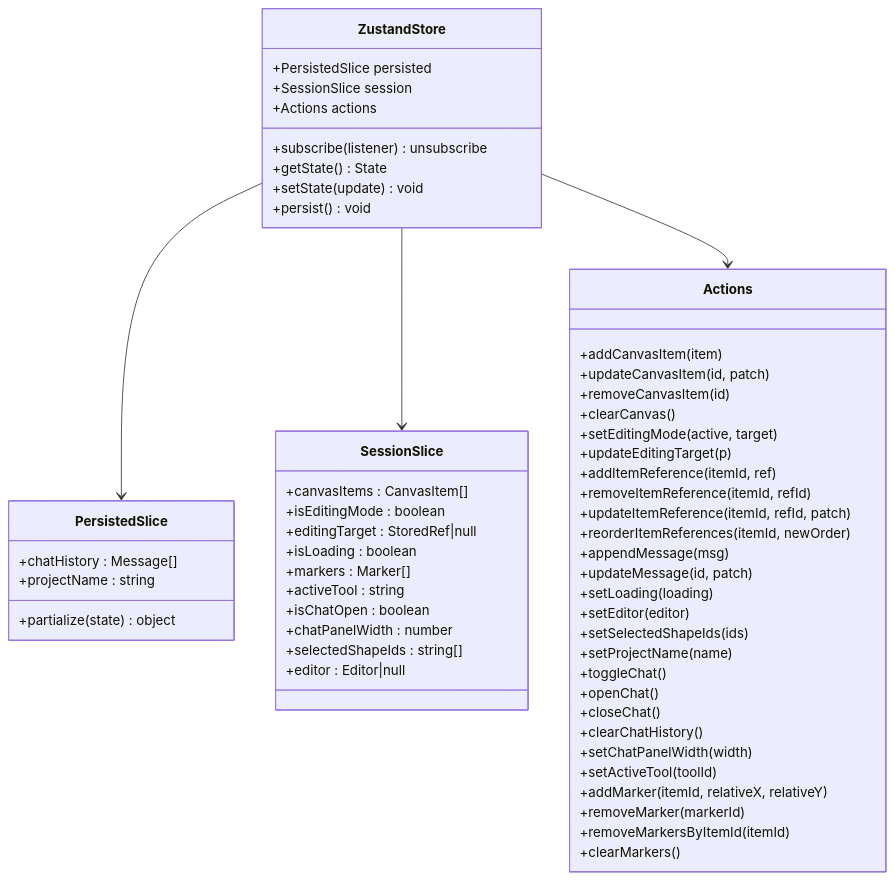
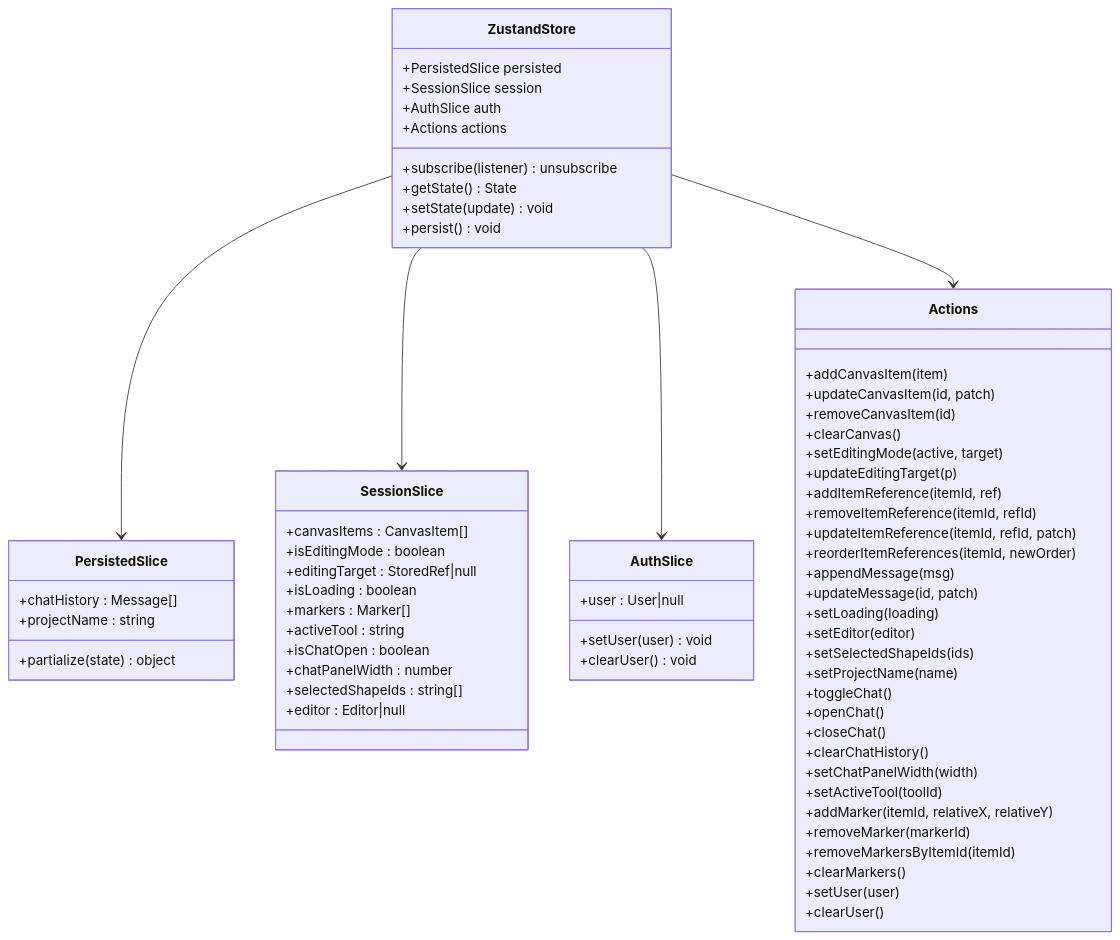
The second of 21 diagrams in .qoder/repowiki/zh/content/状态管理系统.md (billye220670/BananaFlow2), drawn with Mermaid before and after one commit. The commit also changed other lines of this file and 6 other files, not shown here.

````diff
--- a/.qoder/repowiki/zh/content/状态管理系统.md
+++ b/.qoder/repowiki/zh/content/状态管理系统.md
@@ -105,60 +128,69 @@
 ```mermaid
 classDiagram
 class ZustandStore {
 +PersistedSlice persisted
 +SessionSlice session
++AuthSlice auth
 +Actions actions
 +subscribe(listener) unsubscribe
 +getState() State
 +setState(update) void
 +persist() void
 }
 class PersistedSlice {
 +chatHistory : Message[]
 +projectName : string
 +partialize(state) object
 }
 class SessionSlice {
 +canvasItems : CanvasItem[]
 +isEditingMode : boolean
 +editingTarget : StoredRef|null
 +isLoading : boolean
 +markers : Marker[]
 +activeTool : string
 +isChatOpen : boolean
 +chatPanelWidth : number
 +selectedShapeIds : string[]
 +editor : Editor|null
+}
+class AuthSlice {
++user : User|null
++setUser(user) void
++clearUser() void
 }
 class Actions {
 +addCanvasItem(item)
 +updateCanvasItem(id, patch)
 +removeCanvasItem(id)
 +clearCanvas()
 +setEditingMode(active, target)
 +updateEditingTarget(p)
 +addItemReference(itemId, ref)
 +removeItemReference(itemId, refId)
 +updateItemReference(itemId, refId, patch)
 +reorderItemReferences(itemId, newOrder)
 +appendMessage(msg)
 +updateMessage(id, patch)
 +setLoading(loading)
 +setEditor(editor)
 +setSelectedShapeIds(ids)
 +setProjectName(name)
 +toggleChat()
 +openChat()
 +closeChat()
 +clearChatHistory()
 +setChatPanelWidth(width)
 +setActiveTool(toolId)
 +addMarker(itemId, relativeX, relativeY)
 +removeMarker(markerId)
 +removeMarkersByItemId(itemId)
 +clearMarkers()
++setUser(user)
++clearUser()
 }
 ZustandStore --> PersistedSlice
 ZustandStore --> SessionSlice
+ZustandStore --> AuthSlice
 ZustandStore --> Actions
 ```
````
